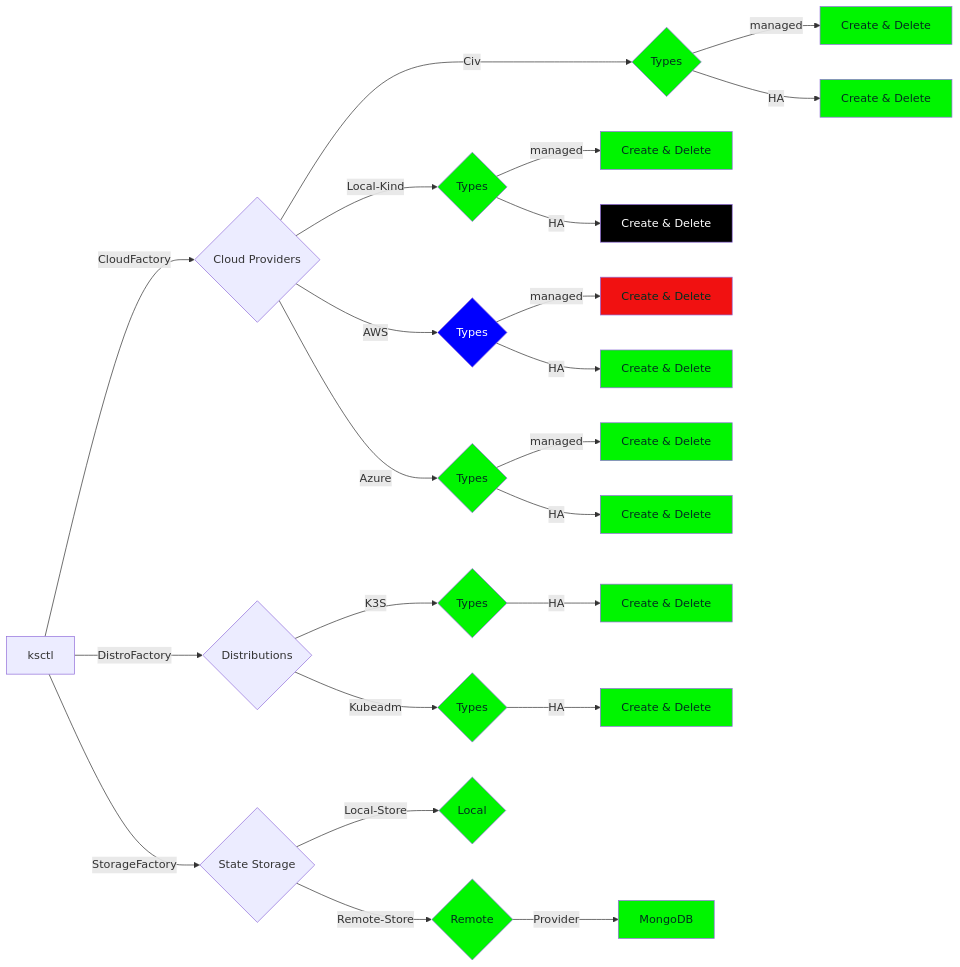
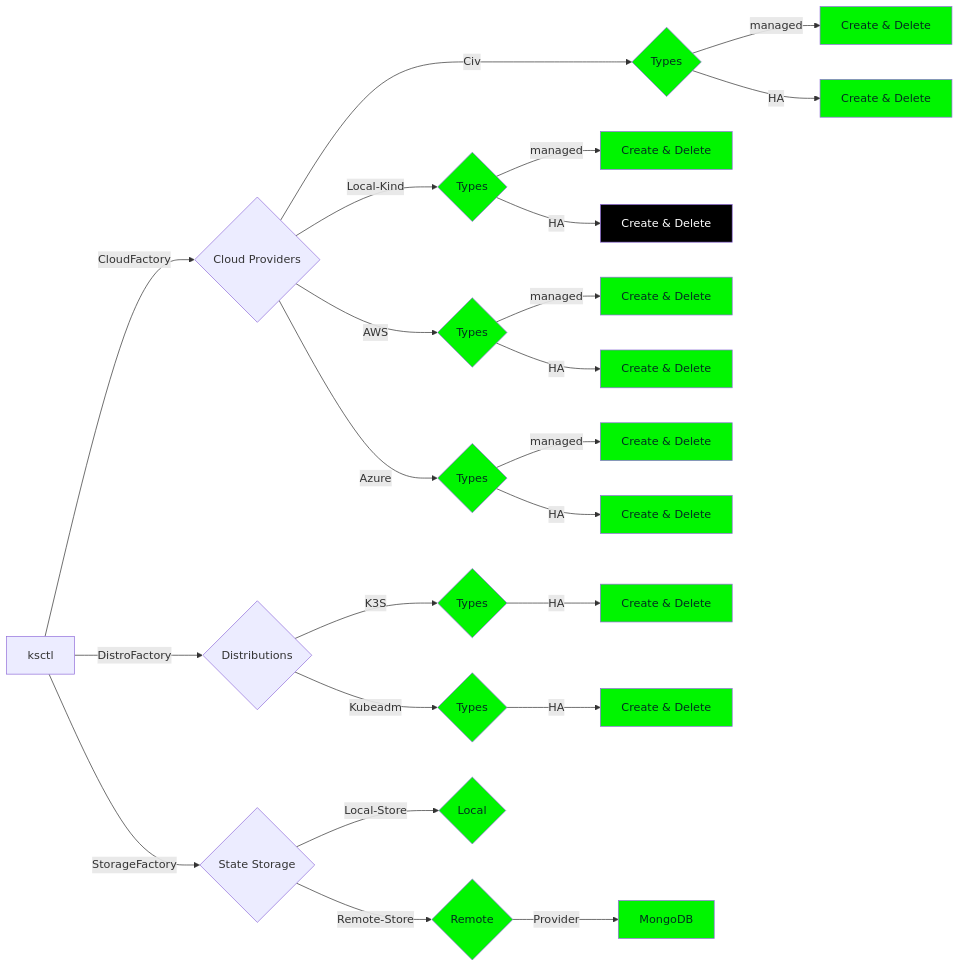
The diagram in content/en/docs/roadmap.md (ksctl/docs), drawn with Mermaid before and after one commit. The commit also changed other lines of this file and 9 other files, not shown here.

````diff
--- a/content/en/docs/roadmap.md
+++ b/content/en/docs/roadmap.md
@@ -16,39 +31,39 @@
 ```mermaid
 flowchart LR;
   classDef green color:#022e1f,fill:#00f500;
   classDef red color:#022e1f,fill:#f11111;
   classDef white color:#022e1f,fill:#fff;
   classDef black color:#fff,fill:#000;
   classDef blue color:#fff,fill:#00f;
 
   XX[ksctl]--CloudFactory-->web{Cloud Providers};
   XX[ksctl]--DistroFactory-->web2{Distributions};
   XX[ksctl]--StorageFactory-->web3{State Storage};
 
   web--Civo-->civo{Types};
   civo:::green--managed-->civom[Create & Delete]:::green;
   civo--HA-->civoha[Create & Delete]:::green;
 
   web--Local-Kind-->local{Types};
   local:::green--managed-->localm[Create & Delete]:::green;
   local--HA-->localha[Create & Delete]:::black;
 
   web--AWS-->aws{Types};
-  aws:::blue--managed-->awsm[Create & Delete]:::red;
+  aws:::green--managed-->awsm[Create & Delete]:::green;
   aws--HA-->awsha[Create & Delete]:::green;
 
   web--Azure-->az{Types};
   az:::green--managed-->azsm[Create & Delete]:::green;
   az--HA-->azha[Create & Delete]:::green;
 
   web2--K3S-->k3s{Types};
   k3s:::green--HA-->k3ha[Create & Delete]:::green;
 
   web2--Kubeadm-->kubeadm{Types};
   kubeadm:::green--HA-->kubeadmha[Create & Delete]:::green;
 
   web3--Local-Store-->slocal{Local}:::green;
   web3--Remote-Store-->rlocal{Remote}:::green;
   rlocal--Provider-->mongo[MongoDB]:::green;
 
 ```
````
